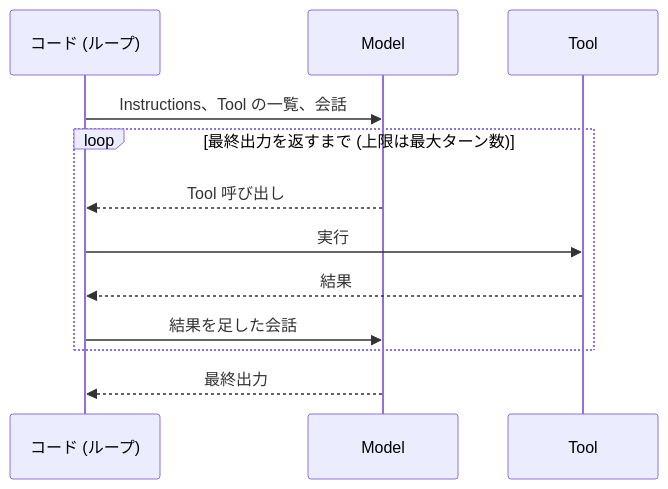
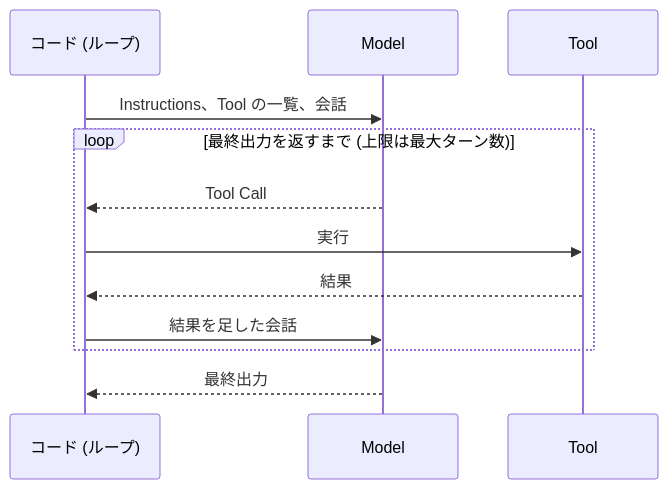
The second of 6 diagrams in app/routes/posts/agent-concepts-and-modeling/index.mdx (p1ass/blog), drawn with Mermaid before and after one commit. The commit also changed other lines of this file, not shown here.

First line of the commit message:
用語を Tool Call と Agent Loop にそろえ、Tool の説明を整理する

````diff
--- a/app/routes/posts/agent-concepts-and-modeling/index.mdx
+++ b/app/routes/posts/agent-concepts-and-modeling/index.mdx
@@ -118,14 +118,14 @@
 ```mermaid
 sequenceDiagram
   participant C as コード (ループ)
   participant M as Model
   participant T as Tool
   C->>M: Instructions、Tool の一覧、会話
   loop 最終出力を返すまで (上限は最大ターン数)
-    M-->>C: Tool 呼び出し
+    M-->>C: Tool Call
     C->>T: 実行
     T-->>C: 結果
     C->>M: 結果を足した会話
   end
   M-->>C: 最終出力
 ```
````
